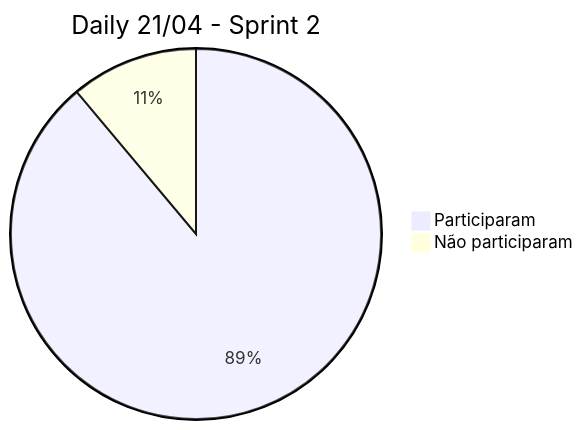
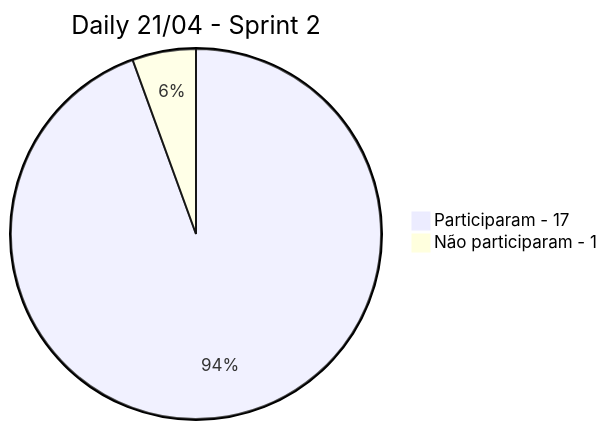
The seventh of 8 diagrams in Sprints.md (VeiculosMontadora/Backup_Wiki), drawn with Mermaid before and after one commit. The commit also changed other lines of this file, not shown here.

````diff
--- a/Sprints.md
+++ b/Sprints.md
@@ -112,5 +752,5 @@
 ```mermaid
 pie title Daily 21/04 - Sprint 2
-    "Participaram" : 16
-    "Não participaram" : 2
+    "Participaram - 17" : 17
+    "Não participaram - 1" : 1
 ```
````
